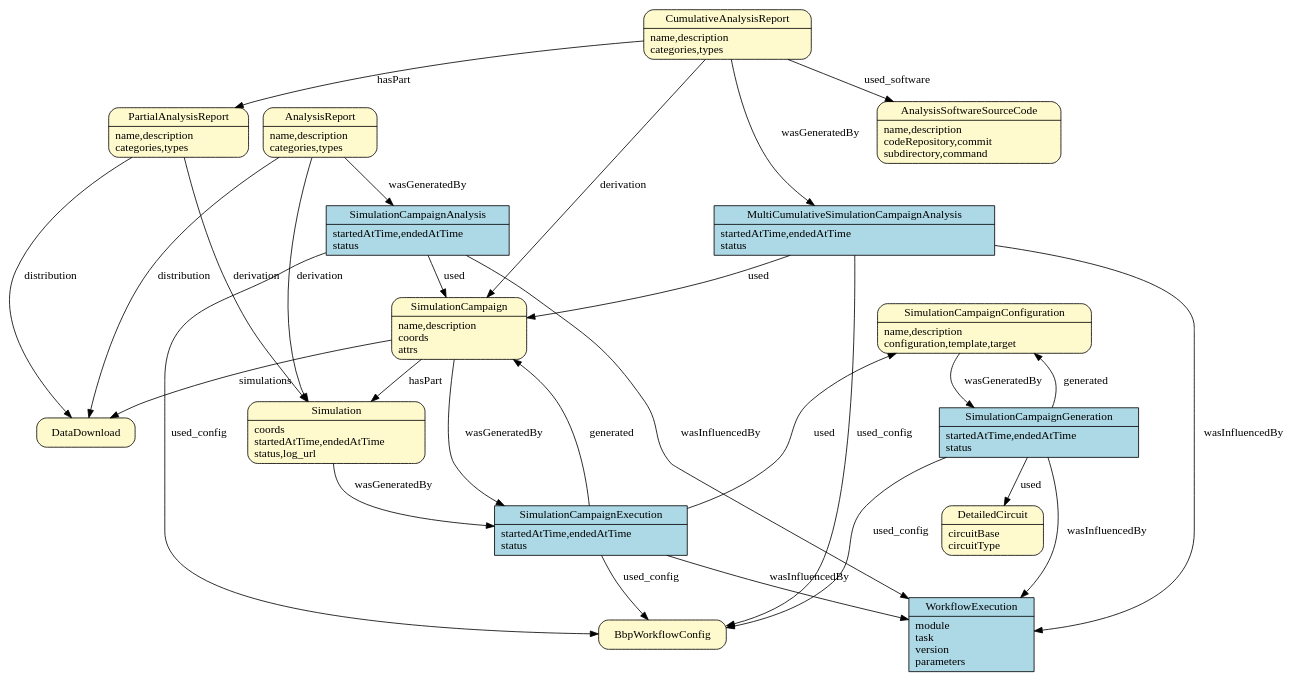
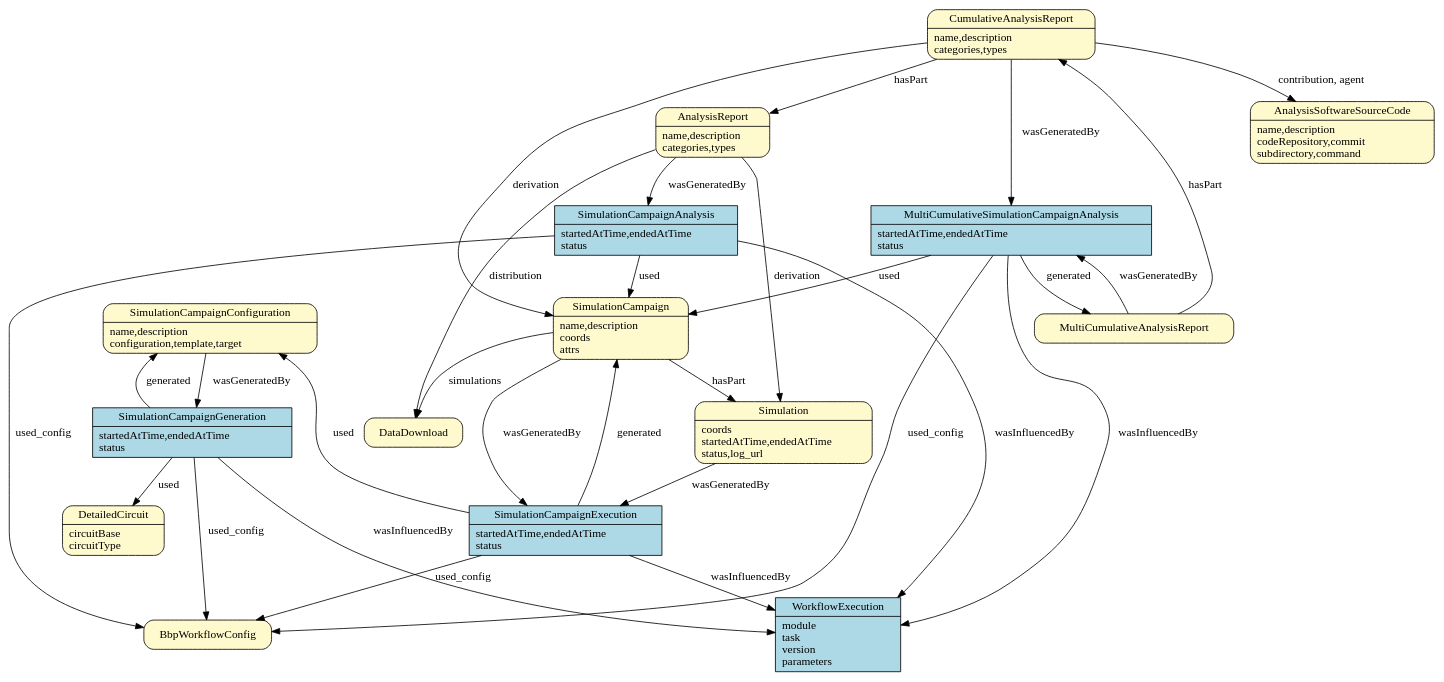
The fourth of 4 diagrams in doc/source/prov_patterns.rst (BlueBrain/entity-management), drawn with Graphviz before and after one commit.

Commit message:
Remove PartialAnalysisReport, add MultiCumulativeAnalysisReport

```diff
--- a/doc/source/prov_patterns.rst
+++ b/doc/source/prov_patterns.rst
@@ -149,16 +149,15 @@
             href = "../generated/entity_management.simulation.html#entity_management.simulation.AnalysisReport"
             target = "_top"
         ]
-        PartialAnalysisReport [
-            shape = Mrecord style = filled fillcolor = lemonchiffon
-            label = "{PartialAnalysisReport|name,description\lcategories,types\l}"
-            href = "../generated/entity_management.simulation.html#entity_management.simulation.PartialAnalysisReport"
-            target = "_top"
-        ]
         CumulativeAnalysisReport [
             shape = Mrecord style = filled fillcolor = lemonchiffon
             label = "{CumulativeAnalysisReport|name,description\lcategories,types\l}"
             href = "../generated/entity_management.simulation.html#entity_management.simulation.CumulativeAnalysisReport"
+            target = "_top"
+        ]
+        MultiCumulativeAnalysisReport [
+            shape = Mrecord style = filled fillcolor = lemonchiffon
+            href = "../generated/entity_management.simulation.html#entity_management.simulation.MultiCumulativeAnalysisReport"
             target = "_top"
         ]
         AnalysisSoftwareSourceCode [
@@ -174,8 +173,6 @@
             target = "_top"
         ]
         { rank=same SimulationCampaignConfiguration SimulationCampaign }
-        { rank=same AnalysisReport PartialAnalysisReport }
-        { rank=same SimulationCampaignAnalysis MultiCumulativeSimulationCampaignAnalysis }
         SimulationCampaignGeneration -> BbpWorkflowConfig [label = "used_config"];
         SimulationCampaignGeneration -> DetailedCircuit [label = "used"];
         SimulationCampaignConfiguration -> SimulationCampaignGeneration [label = "wasGeneratedBy"];
@@ -195,13 +192,14 @@
         MultiCumulativeSimulationCampaignAnalysis -> BbpWorkflowConfig [label = "used_config"];
         MultiCumulativeSimulationCampaignAnalysis -> SimulationCampaign [label = "used"];
         MultiCumulativeSimulationCampaignAnalysis -> WorkflowExecution [label = "wasInfluencedBy"];
+        MultiCumulativeSimulationCampaignAnalysis -> MultiCumulativeAnalysisReport [label = "generated"];
         AnalysisReport -> Simulation [label = "derivation"];
         AnalysisReport -> SimulationCampaignAnalysis [label = "wasGeneratedBy"];
         AnalysisReport -> DataDownload [label = "distribution"];
-        PartialAnalysisReport -> Simulation [label = "derivation"];
-        PartialAnalysisReport -> DataDownload [label = "distribution"];
         CumulativeAnalysisReport -> SimulationCampaign [label = "derivation"];
         CumulativeAnalysisReport -> MultiCumulativeSimulationCampaignAnalysis [label = "wasGeneratedBy"];
-        CumulativeAnalysisReport -> PartialAnalysisReport [label = "hasPart"];
-        CumulativeAnalysisReport -> AnalysisSoftwareSourceCode [label = "used_software"];
+        CumulativeAnalysisReport -> AnalysisReport [label = "hasPart"];
+        CumulativeAnalysisReport -> AnalysisSoftwareSourceCode [label = "contribution, agent"];
+        MultiCumulativeAnalysisReport -> MultiCumulativeSimulationCampaignAnalysis [label = "wasGeneratedBy"];
+        MultiCumulativeAnalysisReport -> CumulativeAnalysisReport [label = "hasPart"];
     }
```
